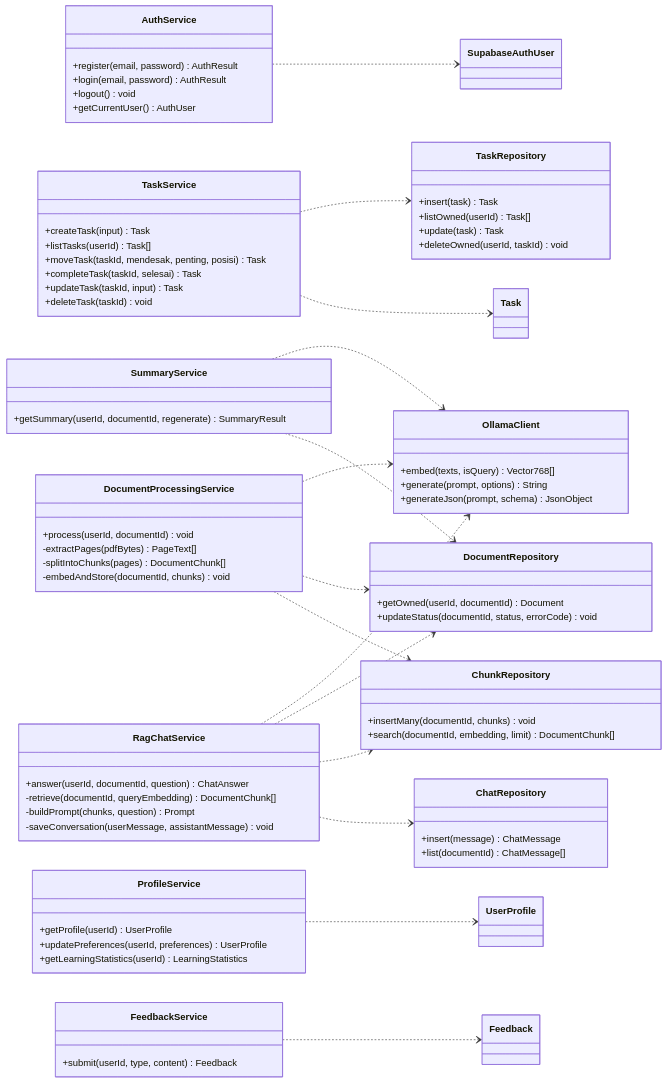
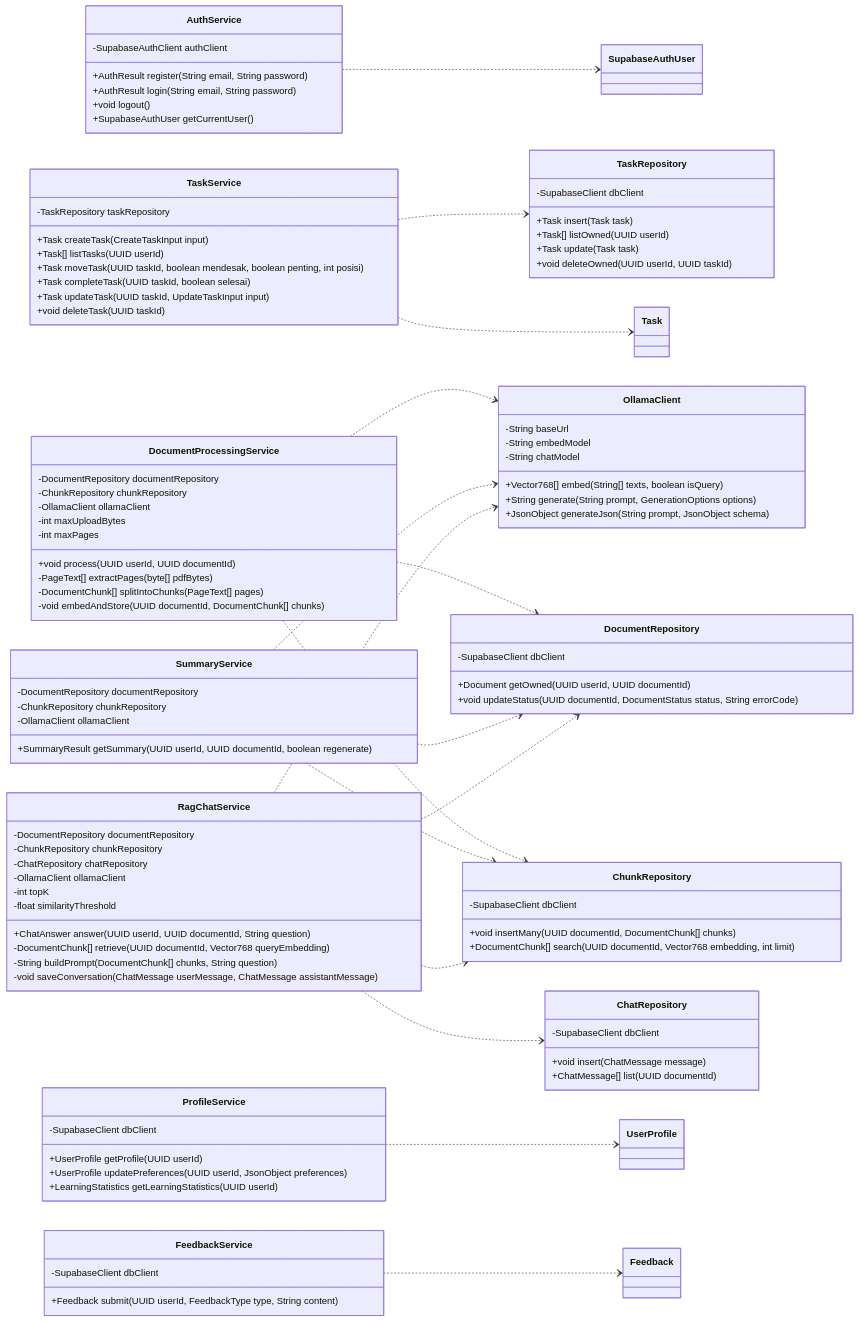
The second of 2 diagrams in docs/Class_Diagram_PahaMIn.md (athllhrja/pahamin), drawn with Mermaid before and after one commit. The commit also changed other lines of this file and 18 other files, not shown here.

Commit message:
feat(web): port login, register, auth proxy, and main pages with Supabase Auth

```diff
--- a/docs/Class_Diagram_PahaMIn.md
+++ b/docs/Class_Diagram_PahaMIn.md
@@ -235,75 +235,100 @@
     direction LR
 
     class AuthService {
-        +register(email, password) AuthResult
-        +login(email, password) AuthResult
-        +logout() void
-        +getCurrentUser() AuthUser
+        -SupabaseAuthClient authClient
+        +AuthResult register(String email, String password)
+        +AuthResult login(String email, String password)
+        +void logout()
+        +SupabaseAuthUser getCurrentUser()
     }
 
     class TaskService {
-        +createTask(input) Task
-        +listTasks(userId) Task[]
-        +moveTask(taskId, mendesak, penting, posisi) Task
-        +completeTask(taskId, selesai) Task
-        +updateTask(taskId, input) Task
-        +deleteTask(taskId) void
+        -TaskRepository taskRepository
+        +Task createTask(CreateTaskInput input)
+        +Task[] listTasks(UUID userId)
+        +Task moveTask(UUID taskId, boolean mendesak, boolean penting, int posisi)
+        +Task completeTask(UUID taskId, boolean selesai)
+        +Task updateTask(UUID taskId, UpdateTaskInput input)
+        +void deleteTask(UUID taskId)
     }
 
     class DocumentProcessingService {
-        +process(userId, documentId) void
-        -extractPages(pdfBytes) PageText[]
-        -splitIntoChunks(pages) DocumentChunk[]
-        -embedAndStore(documentId, chunks) void
+        -DocumentRepository documentRepository
+        -ChunkRepository chunkRepository
+        -OllamaClient ollamaClient
+        -int maxUploadBytes
+        -int maxPages
+        +void process(UUID userId, UUID documentId)
+        -PageText[] extractPages(byte[] pdfBytes)
+        -DocumentChunk[] splitIntoChunks(PageText[] pages)
+        -void embedAndStore(UUID documentId, DocumentChunk[] chunks)
     }
 
     class SummaryService {
-        +getSummary(userId, documentId, regenerate) SummaryResult
+        -DocumentRepository documentRepository
+        -ChunkRepository chunkRepository
+        -OllamaClient ollamaClient
+        +SummaryResult getSummary(UUID userId, UUID documentId, boolean regenerate)
     }
 
     class RagChatService {
-        +answer(userId, documentId, question) ChatAnswer
-        -retrieve(documentId, queryEmbedding) DocumentChunk[]
-        -buildPrompt(chunks, question) Prompt
-        -saveConversation(userMessage, assistantMessage) void
+        -DocumentRepository documentRepository
+        -ChunkRepository chunkRepository
+        -ChatRepository chatRepository
+        -OllamaClient ollamaClient
+        -int topK
+        -float similarityThreshold
+        +ChatAnswer answer(UUID userId, UUID documentId, String question)
+        -DocumentChunk[] retrieve(UUID documentId, Vector768 queryEmbedding)
+        -String buildPrompt(DocumentChunk[] chunks, String question)
+        -void saveConversation(ChatMessage userMessage, ChatMessage assistantMessage)
     }
 
     class ProfileService {
-        +getProfile(userId) UserProfile
-        +updatePreferences(userId, preferences) UserProfile
-        +getLearningStatistics(userId) LearningStatistics
+        -SupabaseClient dbClient
+        +UserProfile getProfile(UUID userId)
+        +UserProfile updatePreferences(UUID userId, JsonObject preferences)
+        +LearningStatistics getLearningStatistics(UUID userId)
     }
 
     class FeedbackService {
-        +submit(userId, type, content) Feedback
+        -SupabaseClient dbClient
+        +Feedback submit(UUID userId, FeedbackType type, String content)
     }
 
     class OllamaClient {
-        +embed(texts, isQuery) Vector768[]
-        +generate(prompt, options) String
-        +generateJson(prompt, schema) JsonObject
+        -String baseUrl
+        -String embedModel
+        -String chatModel
+        +Vector768[] embed(String[] texts, boolean isQuery)
+        +String generate(String prompt, GenerationOptions options)
+        +JsonObject generateJson(String prompt, JsonObject schema)
     }
 
     class DocumentRepository {
-        +getOwned(userId, documentId) Document
-        +updateStatus(documentId, status, errorCode) void
+        -SupabaseClient dbClient
+        +Document getOwned(UUID userId, UUID documentId)
+        +void updateStatus(UUID documentId, DocumentStatus status, String errorCode)
     }
 
     class TaskRepository {
-        +insert(task) Task
-        +listOwned(userId) Task[]
-        +update(task) Task
-        +deleteOwned(userId, taskId) void
+        -SupabaseClient dbClient
+        +Task insert(Task task)
+        +Task[] listOwned(UUID userId)
+        +Task update(Task task)
+        +void deleteOwned(UUID userId, UUID taskId)
     }
 
     class ChunkRepository {
-        +insertMany(documentId, chunks) void
-        +search(documentId, embedding, limit) DocumentChunk[]
+        -SupabaseClient dbClient
+        +void insertMany(UUID documentId, DocumentChunk[] chunks)
+        +DocumentChunk[] search(UUID documentId, Vector768 embedding, int limit)
     }
 
     class ChatRepository {
-        +insert(message) ChatMessage
-        +list(documentId) ChatMessage[]
+        -SupabaseClient dbClient
+        +void insert(ChatMessage message)
+        +ChatMessage[] list(UUID documentId)
     }
 
     AuthService ..> SupabaseAuthUser
@@ -314,6 +339,7 @@
     DocumentProcessingService ..> ChunkRepository
     SummaryService ..> OllamaClient
     SummaryService ..> DocumentRepository
+    SummaryService ..> ChunkRepository
     RagChatService ..> OllamaClient
     RagChatService ..> DocumentRepository
     RagChatService ..> ChunkRepository
```
